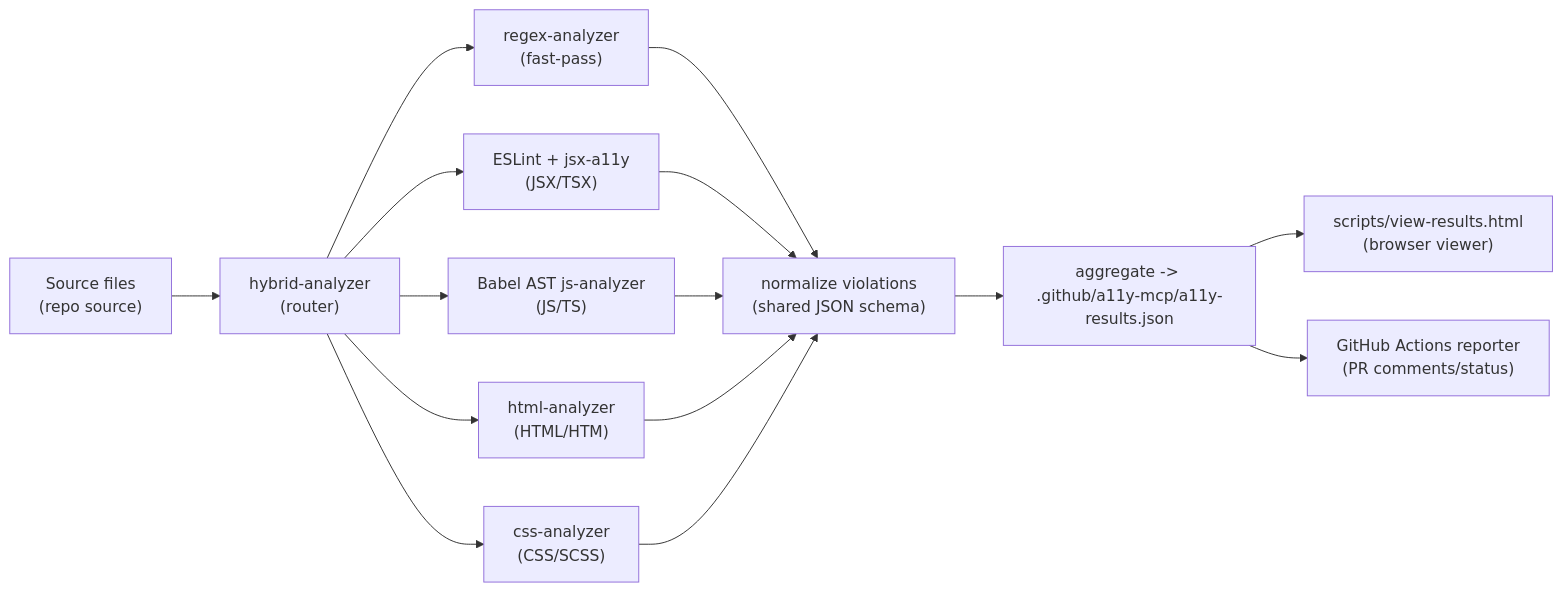
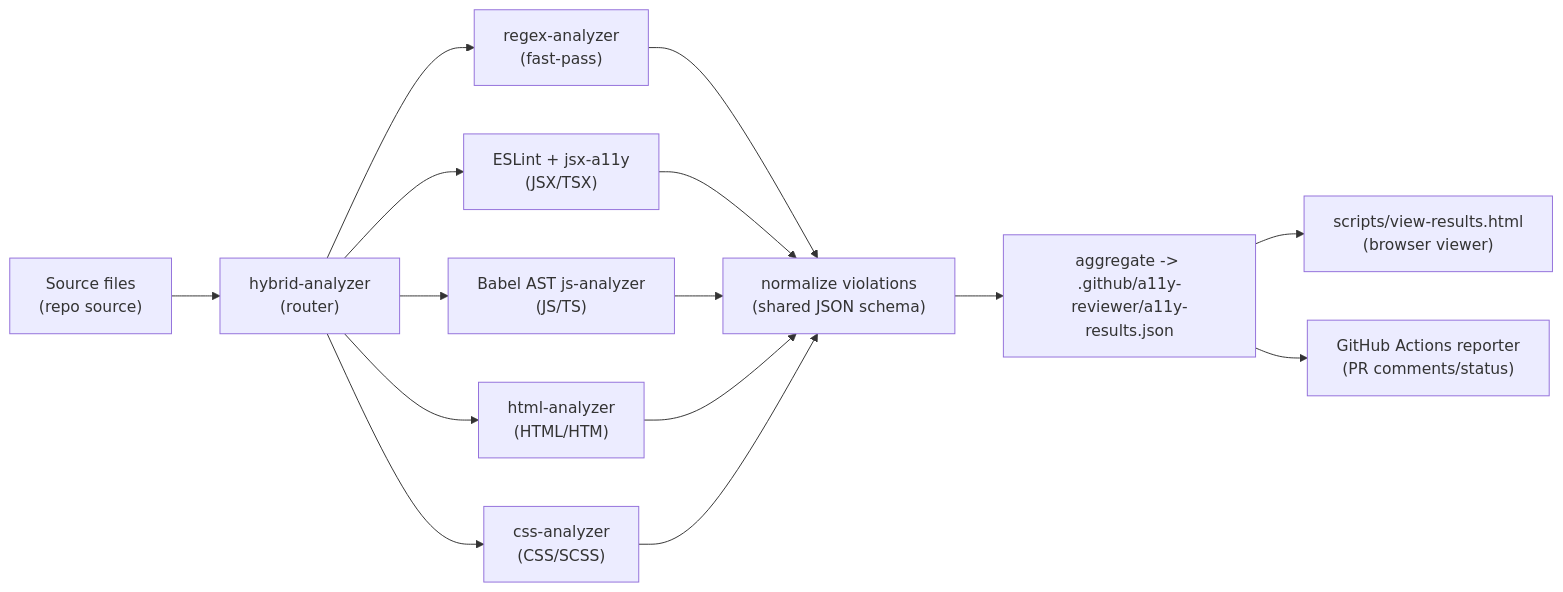
One commit to berucha-lilly/a11y-reviewer changed the first of 2 diagrams in docs/ARCHITECTURE.md. Above: the diagram before and after it, drawn with Mermaid. The commit also changed other lines of this file and 6 other files, not shown here.

Commit message:
feat: rename references from a11y-mcp to a11y-reviewer across documentation and scripts

````diff
--- a/docs/ARCHITECTURE.md
+++ b/docs/ARCHITECTURE.md
@@ -9,17 +9,17 @@
 ```mermaid
 flowchart LR
   SourceFiles["Source files\n(repo source)"] --> HybridRouter["hybrid-analyzer\n(router)"]
   HybridRouter --> RegexFastPass["regex-analyzer\n(fast-pass)"]
   HybridRouter --> ESLintJSX["ESLint + jsx-a11y\n(JSX/TSX)"]
   HybridRouter --> BabelJS["Babel AST js-analyzer\n(JS/TS)"]
   HybridRouter --> HtmlAnalyzer["html-analyzer\n(HTML/HTM)"]
   HybridRouter --> CssAnalyzer["css-analyzer\n(CSS/SCSS)"]
   RegexFastPass --> Normalize["normalize violations\n(shared JSON schema)"]
   ESLintJSX --> Normalize
   BabelJS --> Normalize
   HtmlAnalyzer --> Normalize
   CssAnalyzer --> Normalize
-  Normalize --> Aggregate["aggregate -> .github/a11y-mcp/a11y-results.json"]
+  Normalize --> Aggregate["aggregate -> .github/a11y-reviewer/a11y-results.json"]
   Aggregate --> Viewer["scripts/view-results.html\n(browser viewer)"]
   Aggregate --> GitHubReporter["GitHub Actions reporter\n(PR comments/status)"]
 ```
````
